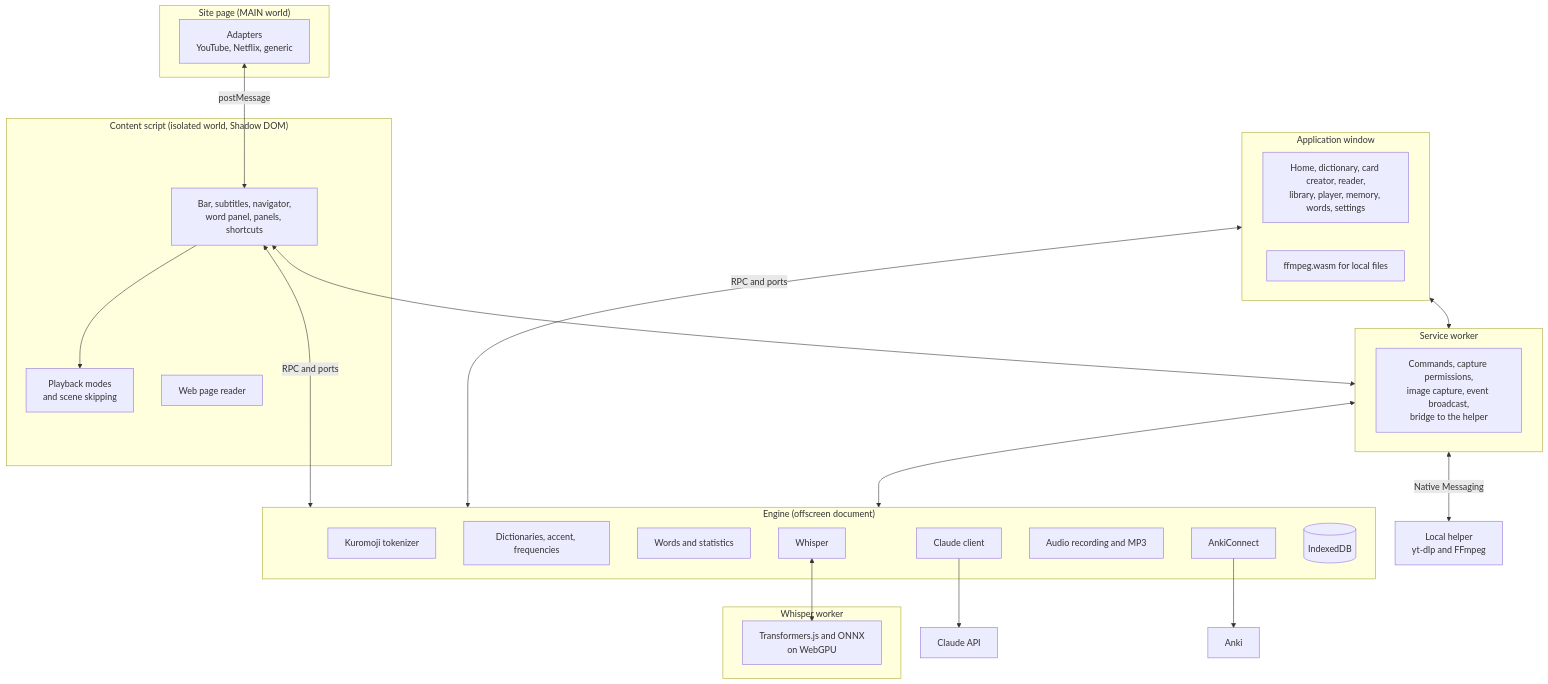
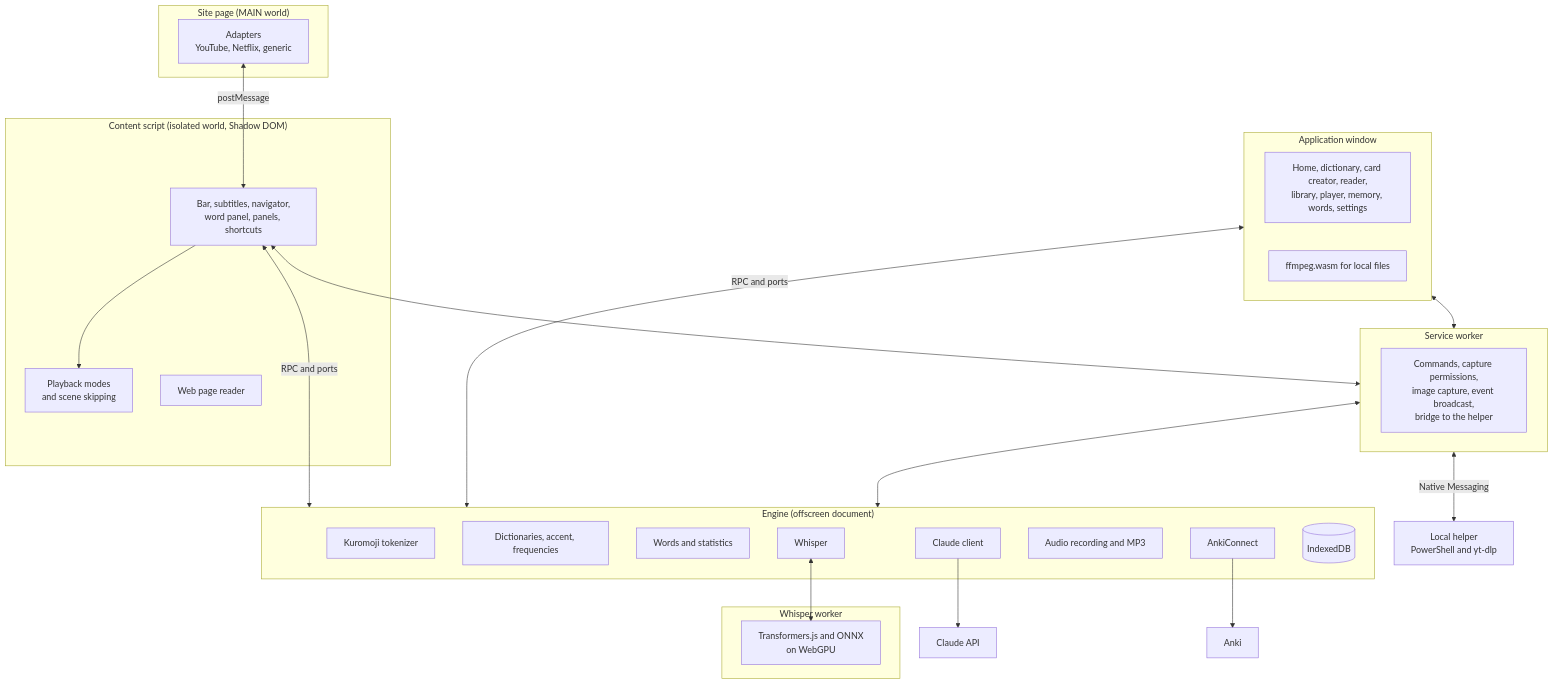
One commit to Eliam4510/kotonoha changed the diagram in docs/architecture.md. Above: the diagram before and after it, drawn with Mermaid. The commit also changed other lines of this file and 83 other files, not shown here.

````diff
--- a/docs/architecture.md
+++ b/docs/architecture.md
@@ -9,42 +9,42 @@
 ```mermaid
 flowchart TB
   subgraph Pagina["Site page (MAIN world)"]
     AD["Adapters<br/>YouTube, Netflix, generic"]
   end
   subgraph Contenido["Content script (isolated world, Shadow DOM)"]
     UI["Bar, subtitles, navigator,<br/>word panel, panels, shortcuts"]
     MODO["Playback modes<br/>and scene skipping"]
     WEB["Web page reader"]
   end
   subgraph SW["Service worker"]
     RUTA["Commands, capture permissions,<br/>image capture, event broadcast,<br/>bridge to the helper"]
   end
   subgraph Motor["Engine (offscreen document)"]
     TOK["Kuromoji tokenizer"]
     DIC["Dictionaries, accent, frequencies"]
     PAL["Words and statistics"]
     IA["Claude client"]
     ANKI["AnkiConnect"]
     REC["Audio recording and MP3"]
     WH["Whisper"]
     DB[("IndexedDB")]
   end
   subgraph Trabajador["Whisper worker"]
     GPU["Transformers.js and ONNX<br/>on WebGPU"]
   end
   subgraph App["Application window"]
     PANT["Home, dictionary, card creator, reader,<br/>library, player, memory, words, settings"]
     FF["ffmpeg.wasm for local files"]
   end
   AD <-->|postMessage| UI
   UI --> MODO
   UI <-->|RPC and ports| Motor
   UI <--> SW
   App <-->|RPC and ports| Motor
   App <--> SW
   SW <--> Motor
-  SW <-->|Native Messaging| AY["Local helper<br/>yt-dlp and FFmpeg"]
+  SW <-->|Native Messaging| AY["Local helper<br/>PowerShell and yt-dlp"]
   WH <--> GPU
   IA --> CL["Claude API"]
   ANKI --> AN["Anki"]
 ```
````
